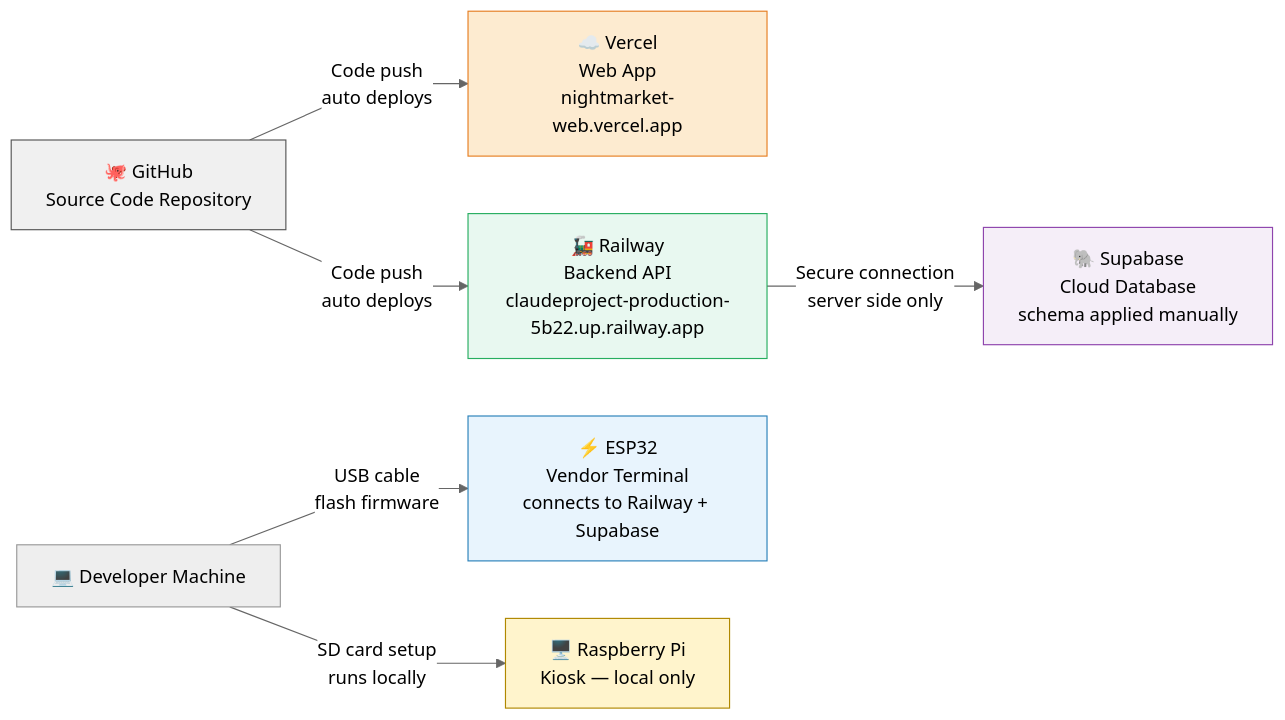
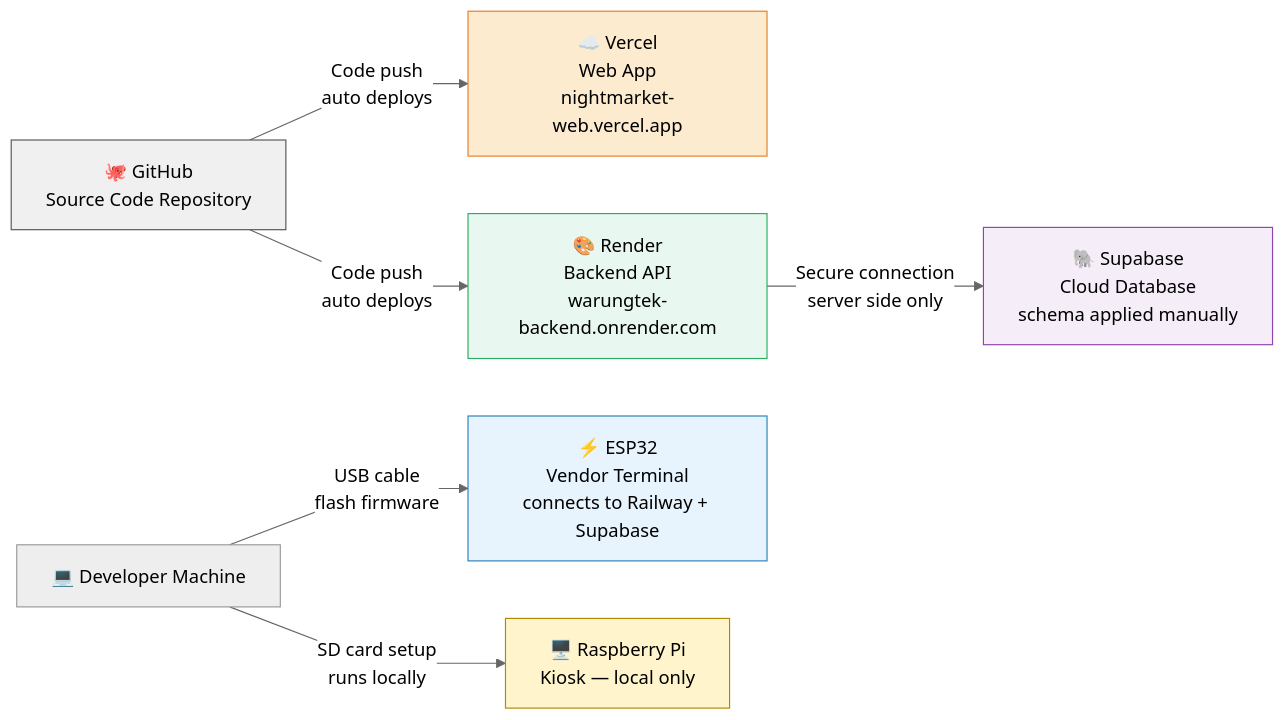
Before and after one commit to GILZ3103/claude_project: the tenth of 12 diagrams in MASTER_v2_refined.md, drawn with Mermaid (neutral theme). The commit also changed other lines of this file and 1 other file, not shown here.

````diff
--- a/MASTER_v2_refined.md
+++ b/MASTER_v2_refined.md
@@ -441,19 +458,19 @@
 ```mermaid
 %%{init: {"flowchart": {"curve": "linear"}} }%%
 flowchart LR
     GH["🐙 GitHub\nSource Code Repository"]
 
     GH -->|"Code push\nauto deploys"| Vercel2["☁️ Vercel\nWeb App\nnightmarket-web.vercel.app"]
-    GH -->|"Code push\nauto deploys"| Railway2["🚂 Railway\nBackend API\nclaudeproject-production-5b22.up.railway.app"]
-    Railway2 -->|"Secure connection\nserver side only"| Supa2["🐘 Supabase\nCloud Database\nschema applied manually"]
+    GH -->|"Code push\nauto deploys"| Render2["🎨 Render\nBackend API\nwarungtek-backend.onrender.com"]
+    Render2 -->|"Secure connection\nserver side only"| Supa2["🐘 Supabase\nCloud Database\nschema applied manually"]
 
     Dev["💻 Developer Machine"] -->|"USB cable\nflash firmware"| ESP322["⚡ ESP32\nVendor Terminal\nconnects to Railway + Supabase"]
     Dev -->|"SD card setup\nruns locally"| Pi2["🖥️ Raspberry Pi\nKiosk — local only"]
 
     style GH fill:#f0f0f0,stroke:#555
     style Vercel2 fill:#fdebd0,stroke:#e67e22
-    style Railway2 fill:#e8f8f0,stroke:#27ae60
+    style Render2 fill:#e8f8f0,stroke:#27ae60
     style Supa2 fill:#f5eef8,stroke:#8e44ad
     style ESP322 fill:#e8f4fd,stroke:#2980b9
     style Pi2 fill:#fff4cc,stroke:#b08800
 ```
````
